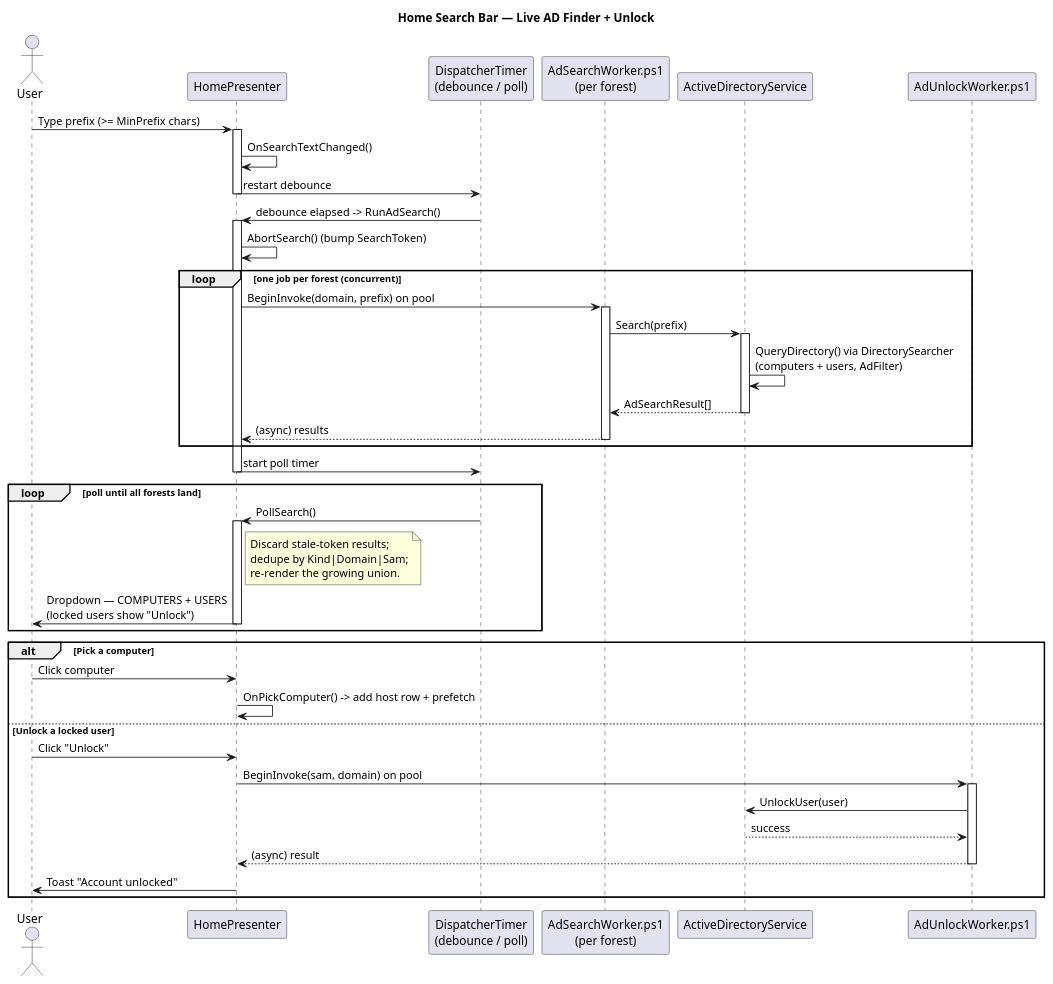
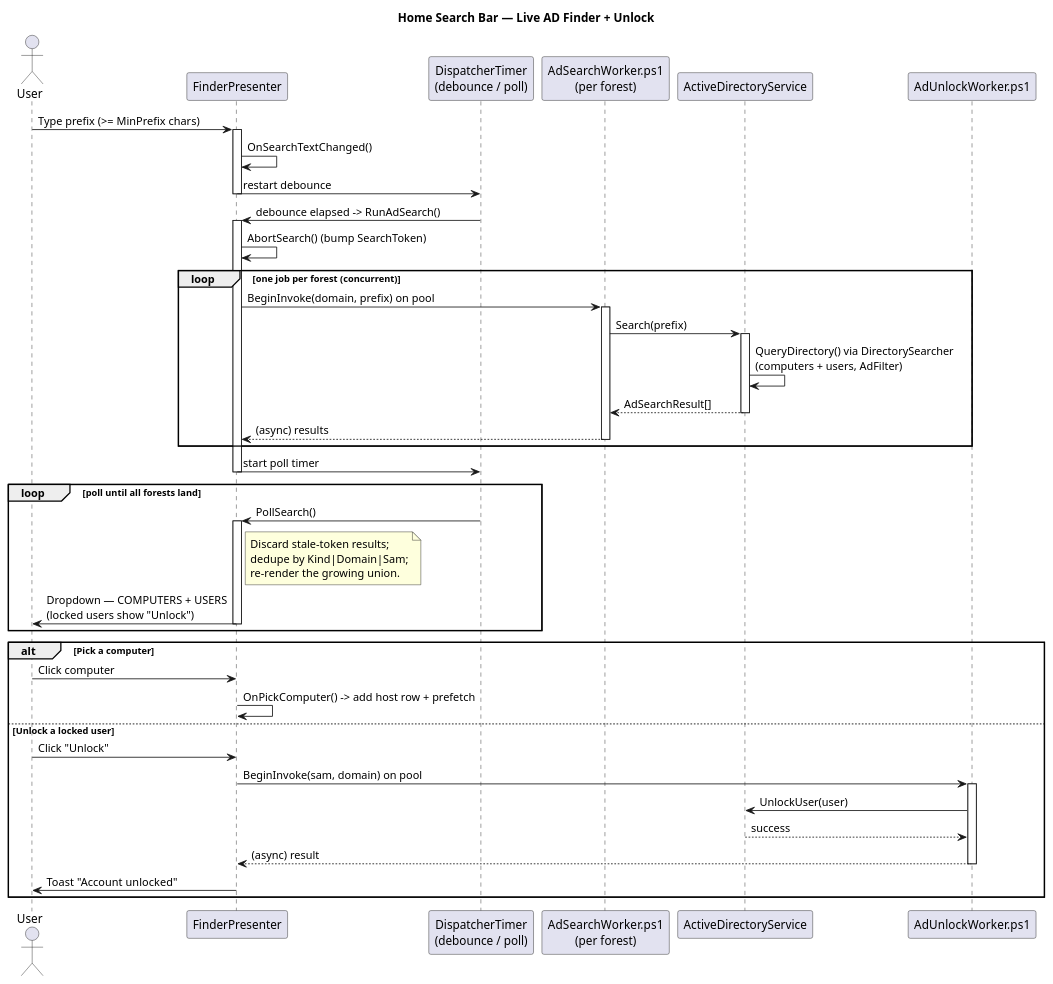
One commit to Danial-Changez/DONUT changed the diagram in docs/diagrams/ad_finder_sequence_diagram.puml. Above: the diagram before and after it, drawn with PlantUML. The commit also changed 4 other files, not shown here.

First line of the commit message:
Docs + diagrams for the FinderPresenter extraction

```diff
--- a/docs/diagrams/ad_finder_sequence_diagram.puml
+++ b/docs/diagrams/ad_finder_sequence_diagram.puml
@@ -1,55 +1,55 @@
 @startuml AD Finder Sequence Diagram
 title Home Search Bar — Live AD Finder + Unlock
 
 actor User
-participant "HomePresenter" as Presenter
+participant "FinderPresenter" as Presenter
 participant "DispatcherTimer\n(debounce / poll)" as Timer
 participant "AdSearchWorker.ps1\n(per forest)" as Worker
 participant "ActiveDirectoryService" as AD
 participant "AdUnlockWorker.ps1" as Unlock
 
 User -> Presenter: Type prefix (>= MinPrefix chars)
 activate Presenter
 Presenter -> Presenter: OnSearchTextChanged()
 Presenter -> Timer: restart debounce
 deactivate Presenter
 
 Timer -> Presenter: debounce elapsed -> RunAdSearch()
 activate Presenter
 Presenter -> Presenter: AbortSearch() (bump SearchToken)
 loop one job per forest (concurrent)
     Presenter -> Worker: BeginInvoke(domain, prefix) on pool
     activate Worker
     Worker -> AD: Search(prefix)
     activate AD
     AD -> AD: QueryDirectory() via DirectorySearcher\n(computers + users, AdFilter)
     AD --> Worker: AdSearchResult[]
     deactivate AD
     Worker --> Presenter: (async) results
     deactivate Worker
 end
 Presenter -> Timer: start poll timer
 deactivate Presenter
 
 loop poll until all forests land
     Timer -> Presenter: PollSearch()
     activate Presenter
     note right of Presenter: Discard stale-token results;\ndedupe by Kind|Domain|Sam;\nre-render the growing union.
     Presenter -> User: Dropdown — COMPUTERS + USERS\n(locked users show "Unlock")
     deactivate Presenter
 end
 
 alt Pick a computer
     User -> Presenter: Click computer
     Presenter -> Presenter: OnPickComputer() -> add host row + prefetch
 else Unlock a locked user
     User -> Presenter: Click "Unlock"
     Presenter -> Unlock: BeginInvoke(sam, domain) on pool
     activate Unlock
     Unlock -> AD: UnlockUser(user)
     AD --> Unlock: success
     Unlock --> Presenter: (async) result
     deactivate Unlock
     Presenter -> User: Toast "Account unlocked"
 end
 @enduml
```
